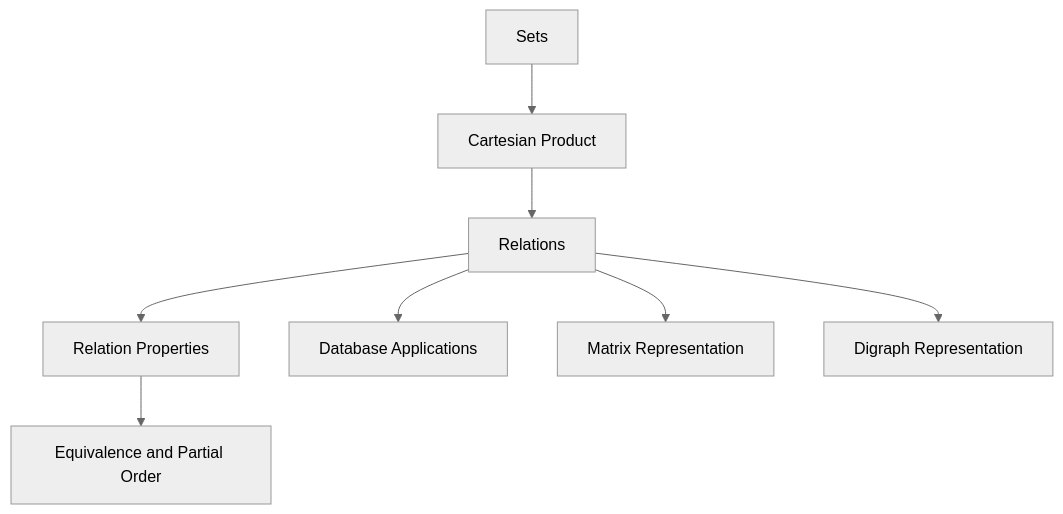
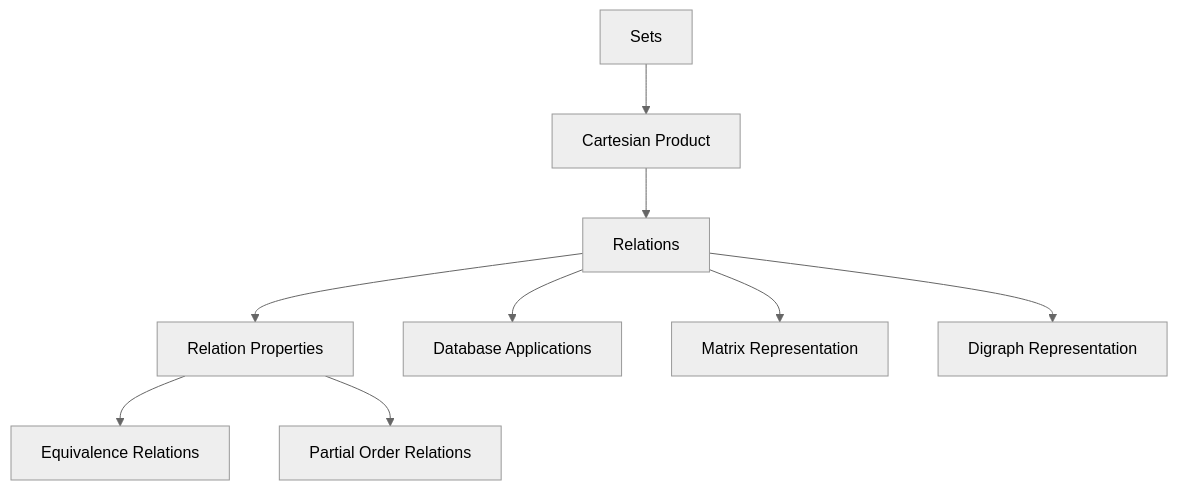
One commit to Hussain-Ali-787/air-university-cybersecurity-projects changed the diagram in semester-01-fall-2023/discrete-structures/relations-and-their-properties/README.md. Above: the diagram before and after it, drawn with Mermaid (neutral theme). The commit also changed other lines of this file and 61 other files, not shown here.

````diff
--- a/semester-01-fall-2023/discrete-structures/relations-and-their-properties/README.md
+++ b/semester-01-fall-2023/discrete-structures/relations-and-their-properties/README.md
@@ -209,10 +222,11 @@
 ```mermaid
 flowchart TB
     A[Sets] --> B[Cartesian Product]
     B --> C[Relations]
     C --> D[Relation Properties]
-    D --> E[Equivalence and Partial Order]
-    C --> F[Database Applications]
-    C --> G[Matrix Representation]
-    C --> H[Digraph Representation]
+    D --> E[Equivalence Relations]
+    D --> F[Partial Order Relations]
+    C --> G[Database Applications]
+    C --> H[Matrix Representation]
+    C --> I[Digraph Representation]
 ```
````
